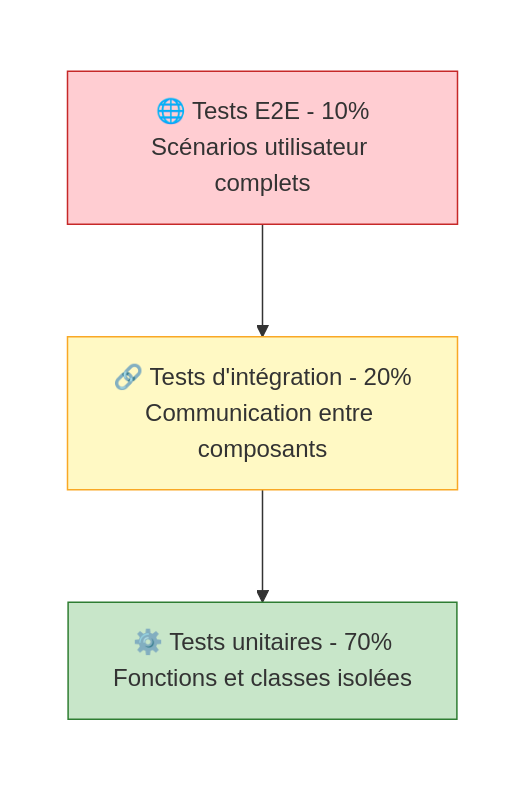
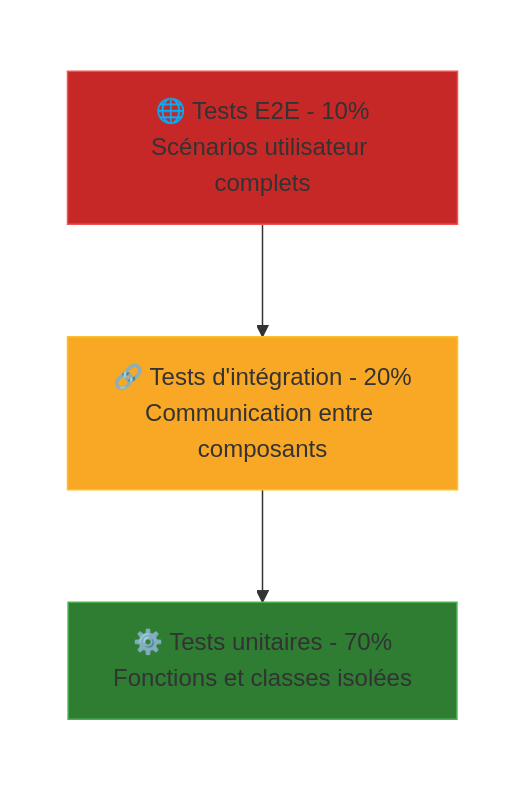
The diagram in src/content/docs/projet/tests.mdx (mindlet-app/docs), drawn with Mermaid before and after one commit. The commit also changed 17 other files, not shown here.

First line of the commit message:
feat: Update Mermaid diagrams and enhance documentation clarity

````diff
--- a/src/content/docs/projet/tests.mdx
+++ b/src/content/docs/projet/tests.mdx
@@ -25,16 +25,16 @@
 ```mermaid
 flowchart TB
     subgraph Pyramid[" "]
         direction TB
         E2E["🌐 Tests E2E - 10%\nScénarios utilisateur complets"]
         Integration["🔗 Tests d'intégration - 20%\nCommunication entre composants"]
         Unit["⚙️ Tests unitaires - 70%\nFonctions et classes isolées"]
     end
     
     E2E --> Integration --> Unit
     
-    style E2E fill:#ffcdd2,stroke:#c62828
-    style Integration fill:#fff9c4,stroke:#f9a825
-    style Unit fill:#c8e6c9,stroke:#2e7d32
+    style E2E fill:#c62828,stroke:#ef5350
+    style Integration fill:#f9a825,stroke:#fbc02d
+    style Unit fill:#2e7d32,stroke:#4caf50
     style Pyramid fill:transparent,stroke:transparent
 ```
````
